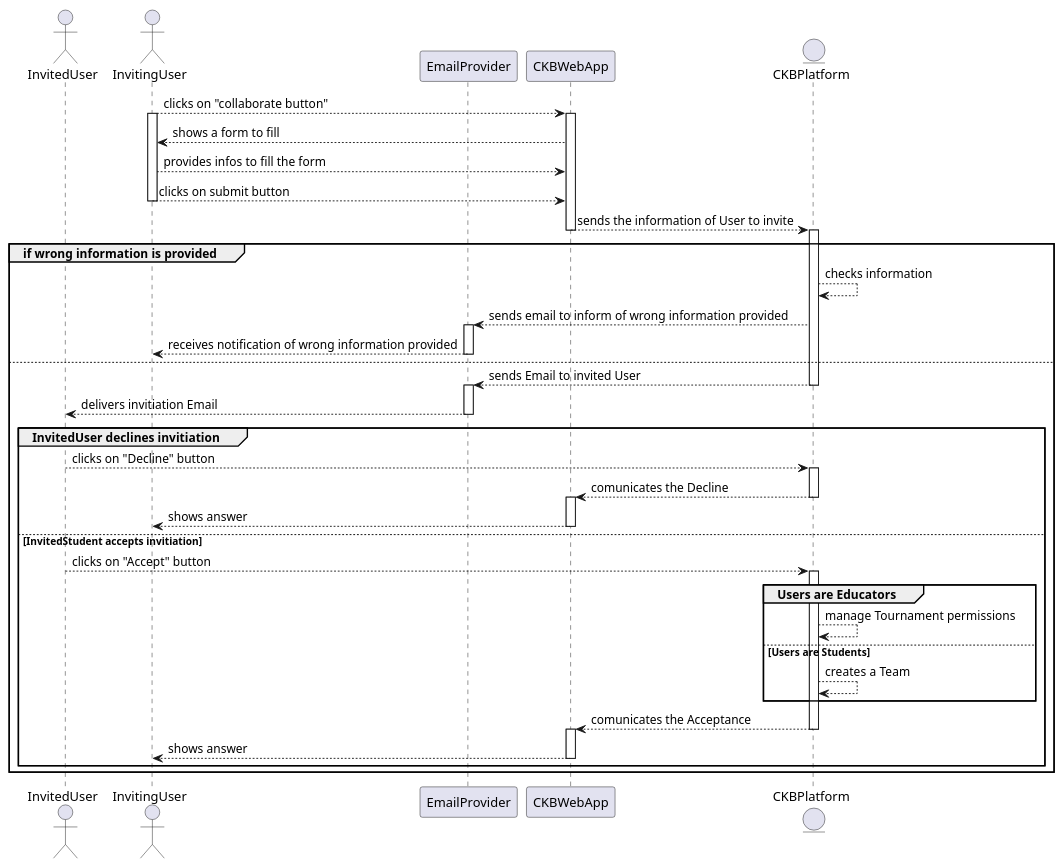
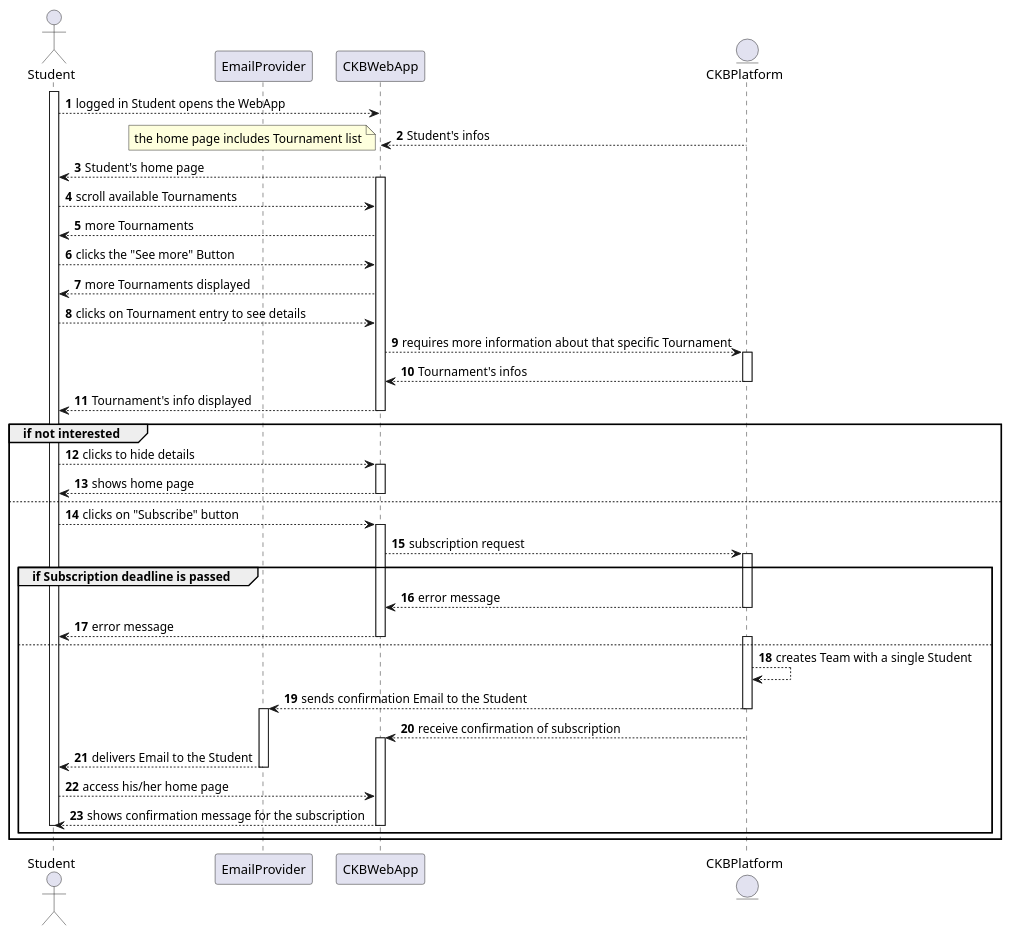
Before and after one commit to Angelo7672/SE2_Requirement-and-Design-Document: the diagram in _RASD/Images/UML/sequenceDiagram/sequenceDiagramUC3.wsd, drawn with PlantUML. The commit also changed 10 other files, not shown here.

Commit message:
sequence diagram number fix

```diff
--- a/_RASD/Images/UML/sequenceDiagram/sequenceDiagramUC3.wsd
+++ b/_RASD/Images/UML/sequenceDiagram/sequenceDiagramUC3.wsd
@@ -1,53 +1,61 @@
 @startuml
-actor InvitedUser as UB
-actor InvitingUser as UA
+autonumber
+actor Student as S
 participant EmailProvider as E
 participant CKBWebApp as A
 entity CKBPlatform as P
 
-UA--->A: clicks on "collaborate button"
-activate UA
+
+activate S
+S--->A: logged in Student opens the WebApp
+
+A<---P: Student's infos
+deactivate P
+note left
+    the home page includes Tournament list
+end note
+S<---A: Student's home page
 activate A
-UA<---A: shows a form to fill 
-UA--->A: provides infos to fill the form
-UA--->A: clicks on submit button
-deactivate UA
-A---->P: sends the information of User to invite
+S--->A: scroll available Tournaments
+S<---A: more Tournaments
+S--->A: clicks the "See more" Button
+S<---A: more Tournaments displayed
+S--->A: clicks on Tournament entry to see details
+A--->P: requires more information about that specific Tournament
+activate P
+A<---P: Tournament's infos
+deactivate P
+S<---A: Tournament's info displayed
 deactivate A
-group if wrong information is provided
+group if not interested
+    S--->A: clicks to hide details
+    activate A
+    S<---A: shows home page
+    deactivate A
+else 
+    S--->A: clicks on "Subscribe" button
+    activate A
+    A--->P: subscription request
     activate P
-    P-->P: checks information
-    P-->E: sends email to inform of wrong information provided
-    activate E
-    E-->UA: receives notification of wrong information provided
-    deactivate E
-else
-P---->E: sends Email to invited User
-deactivate P
-activate E
-E---->UB: delivers invitiation Email
-deactivate E
-group InvitedUser declines invitiation
-    UB--->P: clicks on "Decline" button
-    activate P
-    P---->A: comunicates the Decline
-    deactivate P
-    activate A
-    A---->UA: shows answer 
-    deactivate A
-else InvitedStudent accepts invitiation
-    UB--->P: clicks on "Accept" button
-    activate P
-    group Users are Educators
-        P--->P: manage Tournament permissions
-    else Users are Students
-        P--->P: creates a Team 
+    group if Subscription deadline is passed
+        P--->A: error message
+        deactivate P
+        S<--A: error message
+        deactivate A
+    else
+        activate P
+        P--->P: creates Team with a single Student
+        P--->E: sends confirmation Email to the Student
+        deactivate P
+        activate E
+        A<---P: receive confirmation of subscription
+        activate A
+        E--->S: delivers Email to the Student
+        deactivate E
+        S--->A: access his/her home page
+        S<---A: shows confirmation message for the subscription
+        deactivate A
+        deactivate S
     end
-    P---->A: comunicates the Acceptance
-    deactivate P
-    activate A
-    A---->UA: shows answer
-    deactivate A
-end 
-end 
+end
 @enduml
```
